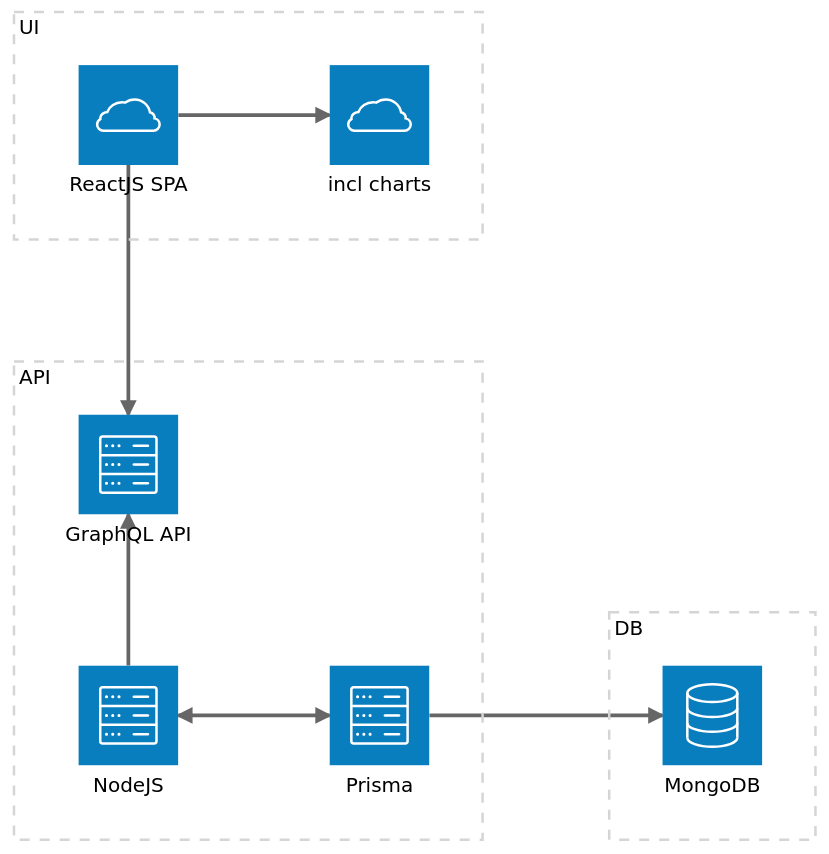
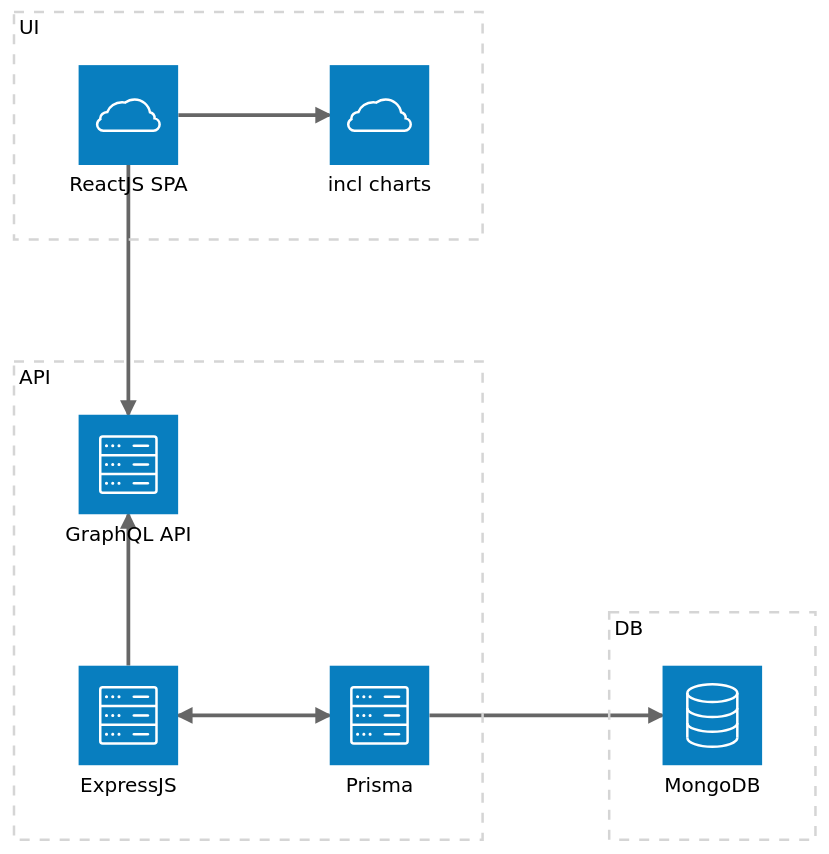
Before and after one commit to alex-pokydin/Node_GraphQL_React: the first of 2 diagrams in Readme.md, drawn with Mermaid (neutral theme). The commit also changed other lines of this file and 10 other files, not shown here.

````diff
--- a/Readme.md
+++ b/Readme.md
@@ -23,20 +22,20 @@
 ```mermaid
 architecture-beta
 
     group apiG[API]
     group uiG[UI]
     group dbG[DB]
 
     service db(database)[MongoDB] in dbG
     service react(cloud)[ReactJS SPA] in uiG
     service charts(cloud)[incl charts] in uiG
-    service nodejs(server)[NodeJS] in apiG
+    service nodejs(server)[ExpressJS] in apiG
     service graphql(server)[GraphQL API] in apiG
     service prisma(server)[Prisma] in apiG
 
     prisma:L <--> R:nodejs
     prisma:R --> L:db
     nodejs:T --> B:graphql
     react:B --> T:graphql
     react:R --> L:charts
 ```
````
